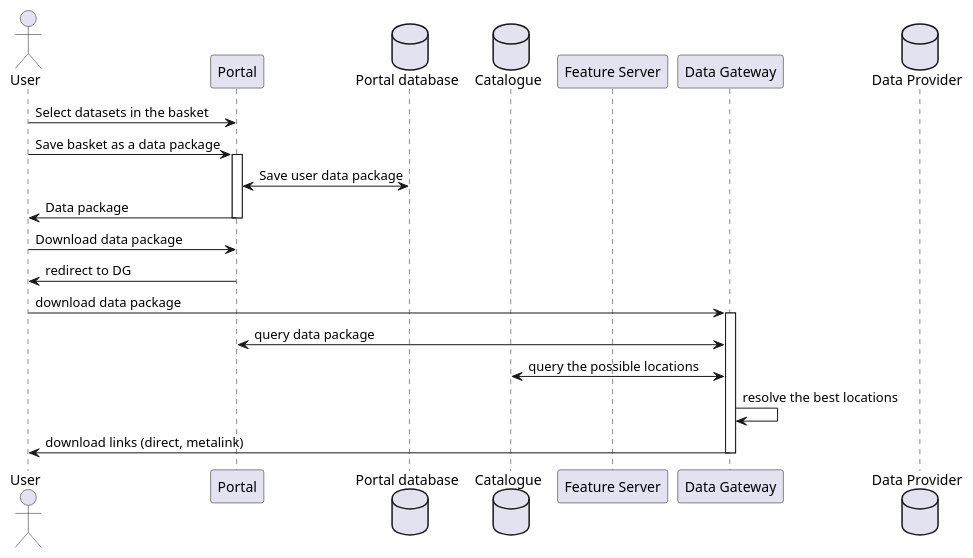
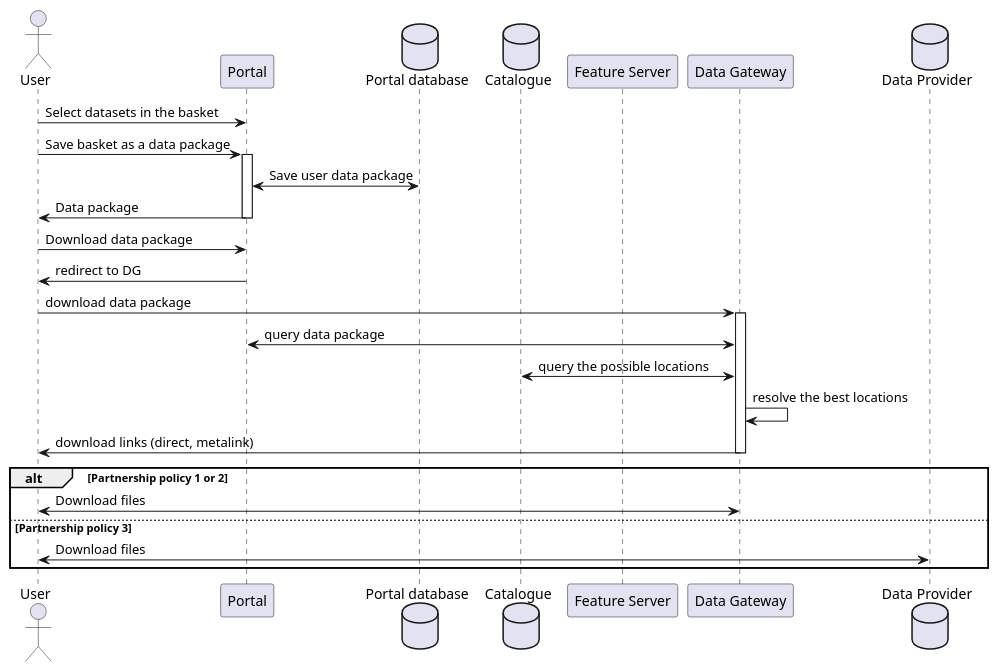
The second of 4 diagrams in source/design/UC01.rst (urban-tep/DDF-SDD), drawn with PlantUML before and after one commit. The commit also changed other lines of this file, not shown here.

Commit message:
UC01 completed for portal

```diff
--- a/source/design/UC01.rst
+++ b/source/design/UC01.rst
@@ -45,27 +49,37 @@
 .. uml::
-  :caption: Data selection, download and share on portal geobrowser
+  :caption: Data selection, download and share on portal geobrowser sequence diagram
 
   actor "User" as U
   participant "Portal" as P
   database "Portal database" as PDB
   database "Catalogue" as C
   participant "Feature Server" as FS
   participant "Data Gateway" as DG
   database "Data Provider" as DP
 
   U -> P : Select datasets in the basket
   U -> P : Save basket as a data package
   activate P
   P <-> PDB : Save user data package
   P -> U : Data package
   deactivate P
 
   U -> P : Download data package
   P -> U : redirect to DG
   U -> DG : download data package
   activate DG
   DG <-> P : query data package
   DG <-> C : query the possible locations
   DG -> DG : resolve the best locations
   DG -> U : download links (direct, metalink)
   deactivate DG
+
+  alt Partnership policy 1 or 2
+
+  U <-> DG : Download files
+
+  else Partnership policy 3
+
+  U <-> DP : Download files
+
+  end
```
